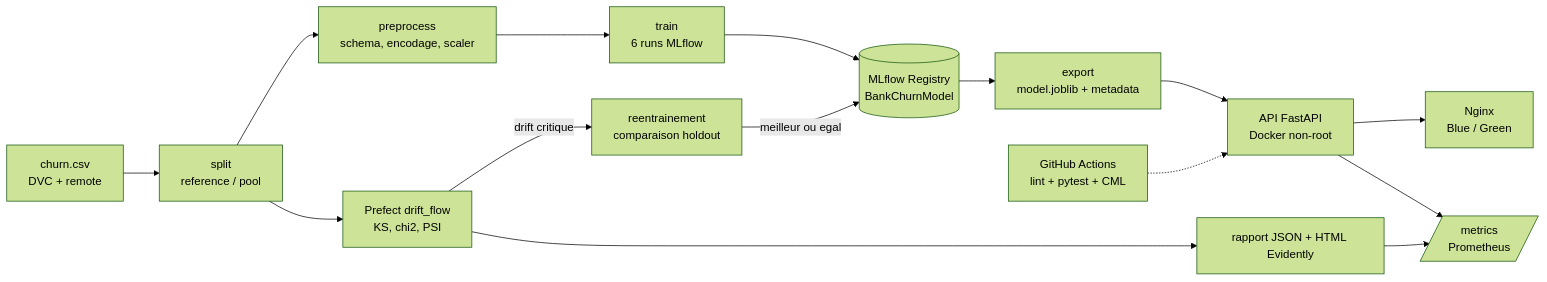
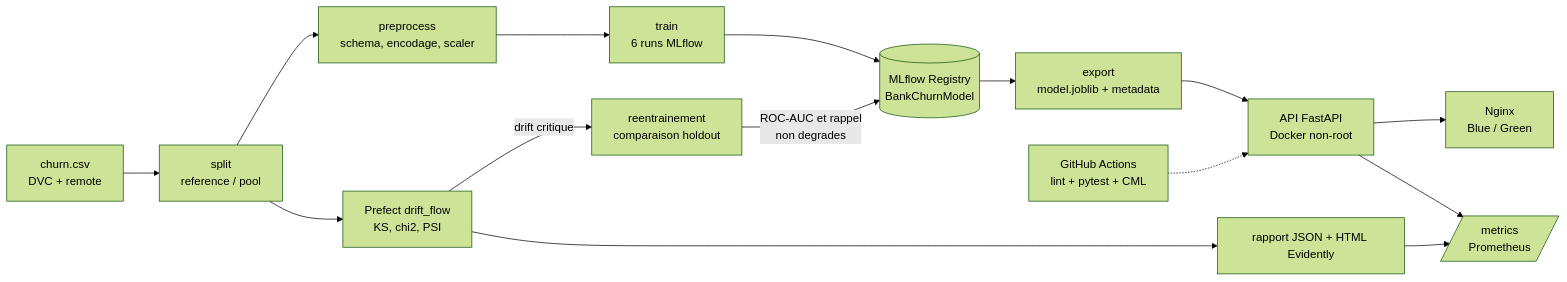
Before and after one commit to kaouech-rahim/Bank-Churn-MLOps: the diagram in README.md, drawn with Mermaid (forest theme). The commit also changed other lines of this file and 12 other files, not shown here.

````diff
--- a/README.md
+++ b/README.md
@@ -35,17 +48,17 @@
 ```mermaid
 flowchart LR
     A[churn.csv<br/>DVC + remote] --> B[split<br/>reference / pool]
     B --> C[preprocess<br/>schema, encodage, scaler]
     C --> D[train<br/>6 runs MLflow]
     D --> E[(MLflow Registry<br/>BankChurnModel)]
     E --> F[export<br/>model.joblib + metadata]
     F --> G[API FastAPI<br/>Docker non-root]
     G --> H[Nginx<br/>Blue / Green]
     G --> I[/metrics<br/>Prometheus/]
     B --> J[Prefect drift_flow<br/>KS, chi2, PSI]
     J --> K[rapport JSON + HTML Evidently]
     K --> I
     J -- drift critique --> L[reentrainement<br/>comparaison holdout]
-    L -- meilleur ou egal --> E
+    L -- ROC-AUC et rappel<br/>non degrades --> E
     M[GitHub Actions<br/>lint + pytest + CML] -.-> G
 ```
````
